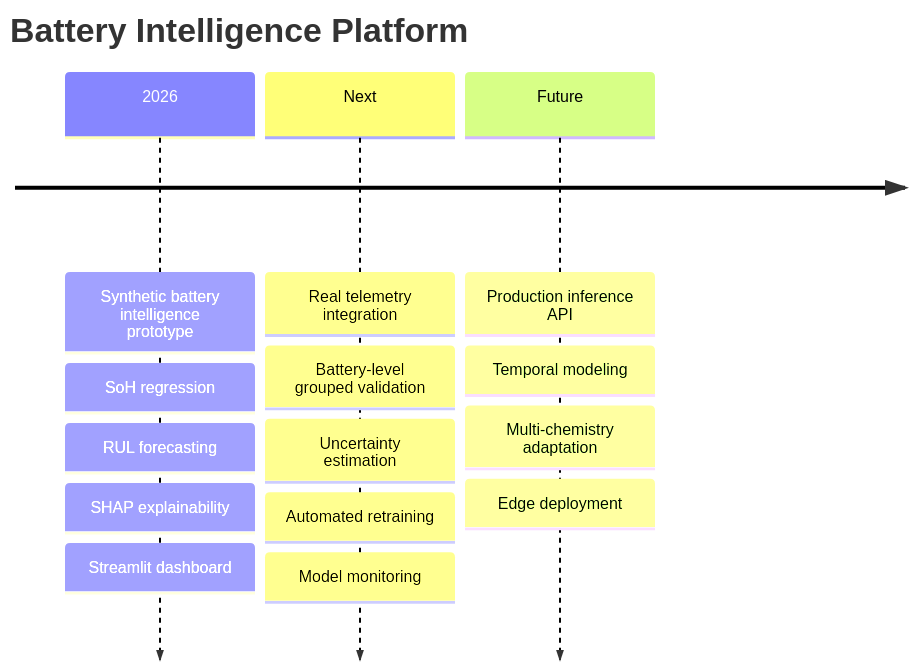
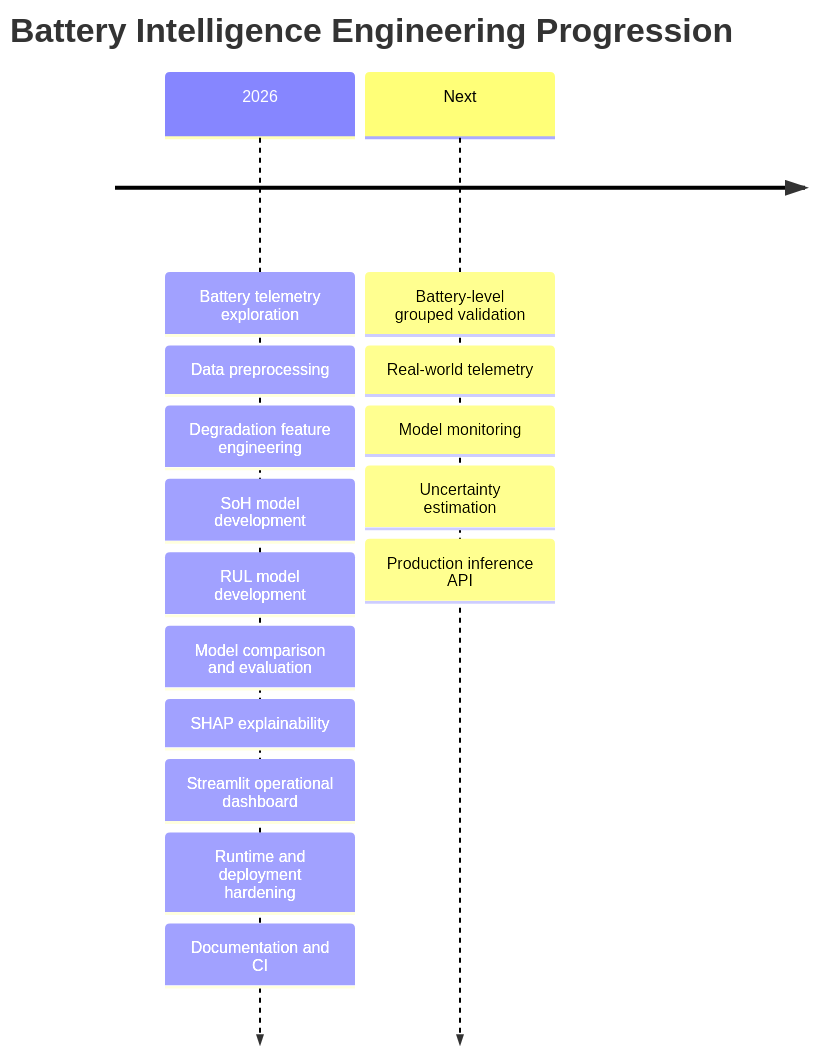
The second of 2 diagrams in README.md (RITESH2127/-BATTERY-INTELLIGENCE-PLAYTFORM-2026-INTERSHIP-SWIFT-VOLT-VENTURES-), drawn with Mermaid before and after one commit. The commit also changed other lines of this file and 46 other files, not shown here.

First line of the commit message:
refactor: production-ready battery intelligence platform

````diff
--- a/README.md
+++ b/README.md
@@ -557,18 +687,19 @@
 ```mermaid
 timeline
-    title Battery Intelligence Platform
-    2026 : Synthetic battery intelligence prototype
-         : SoH regression
-         : RUL forecasting
+    title Battery Intelligence Engineering Progression
+    2026 : Battery telemetry exploration
+         : Data preprocessing
+         : Degradation feature engineering
+         : SoH model development
+         : RUL model development
+         : Model comparison and evaluation
          : SHAP explainability
-         : Streamlit dashboard
-    Next : Real telemetry integration
-         : Battery-level grouped validation
+         : Streamlit operational dashboard
+         : Runtime and deployment hardening
+         : Documentation and CI
+    Next : Battery-level grouped validation
+         : Real-world telemetry
+         : Model monitoring
          : Uncertainty estimation
-         : Automated retraining
-         : Model monitoring
-    Future : Production inference API
-           : Temporal modeling
-           : Multi-chemistry adaptation
-           : Edge deployment
+         : Production inference API
 ```
````
